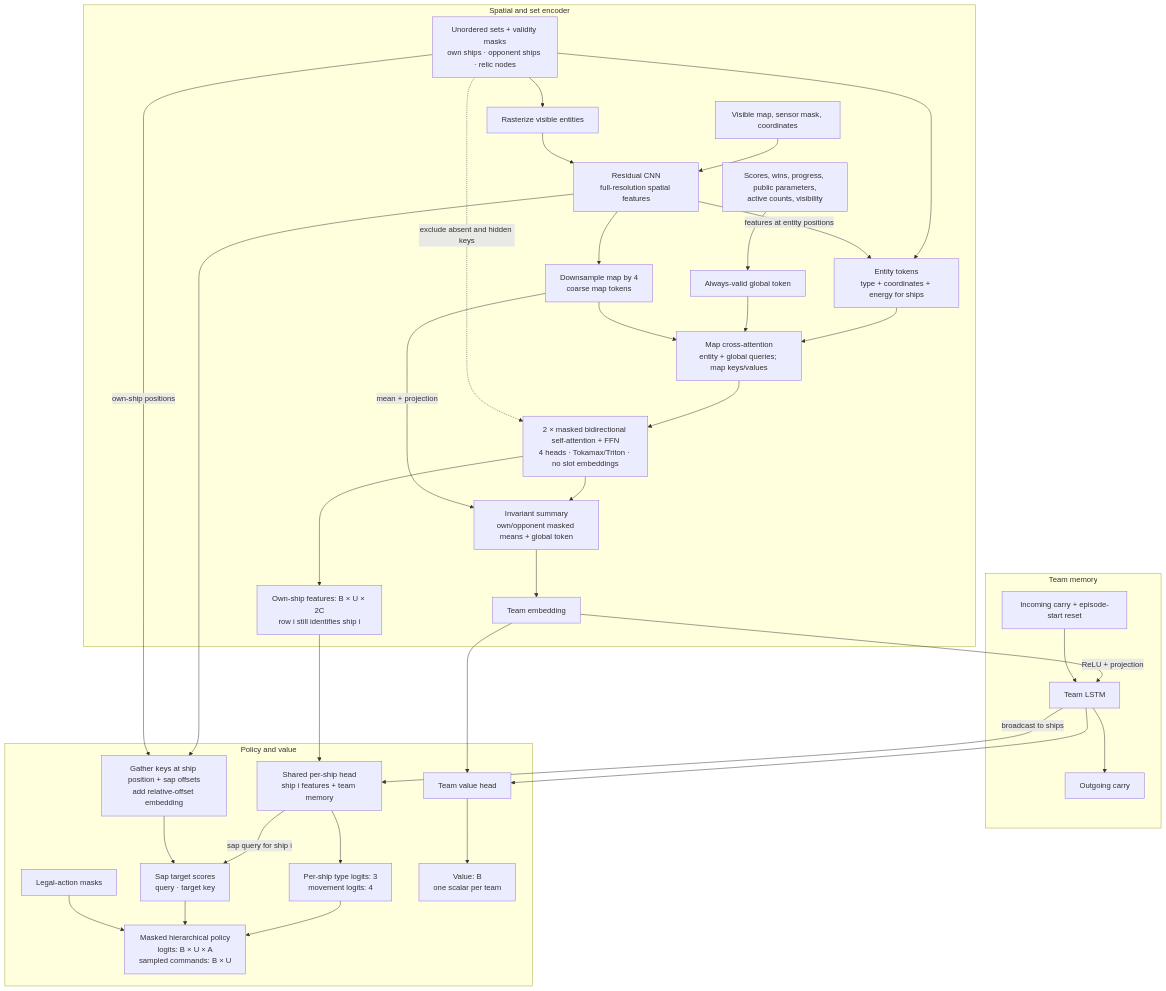
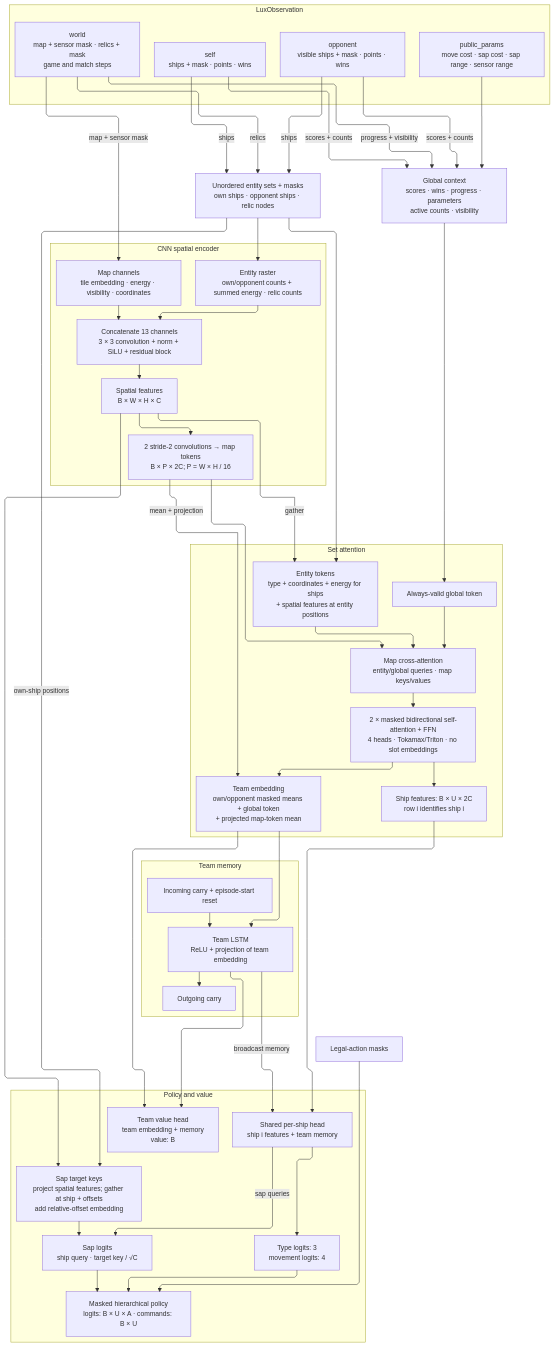
One commit to vshmyhlo/rl2 changed the diagram in docs/lux_design_s3_env.md. Above: the diagram before and after it, drawn with Mermaid. The commit also changed 1 other file, not shown here.

````diff
--- a/docs/lux_design_s3_env.md
+++ b/docs/lux_design_s3_env.md
@@ -110,43 +110,85 @@
 ```mermaid
+%%{init: {"flowchart": {"defaultRenderer": "elk", "curve": "linear", "nodeSpacing": 30, "rankSpacing": 45}, "themeVariables": {"fontSize": "14px"}}}%%
 flowchart TB
-    subgraph encoder[Spatial and set encoder]
-        map["Visible map, sensor mask, coordinates"] --> cnn["Residual CNN<br/>full-resolution spatial features"]
-        entities["Unordered sets + validity masks<br/>own ships · opponent ships · relic nodes"] --> raster["Rasterize visible entities"]
-        raster --> cnn
-        entities --> tokens["Entity tokens<br/>type + coordinates + energy for ships"]
-        cnn -->|features at entity positions| tokens
-        cnn --> coarse["Downsample map by 4<br/>coarse map tokens"]
-        context["Scores, wins, progress, public parameters,<br/>active counts, visibility"] --> global["Always-valid global token"]
-        tokens --> cross["Map cross-attention<br/>entity + global queries; map keys/values"]
-        global --> cross
-        coarse --> cross
-        cross --> sets["2 × masked bidirectional self-attention + FFN<br/>4 heads · Tokamax/Triton · no slot embeddings"]
-        entities -.->|exclude absent and hidden keys| sets
-        sets --> ships["Own-ship features: B × U × 2C<br/>row i still identifies ship i"]
-        sets --> summary["Invariant summary<br/>own/opponent masked means + global token"]
-        coarse -->|mean + projection| summary
-        summary --> embedding["Team embedding"]
+    subgraph observation[LuxObservation]
+        own["self<br/>ships + mask · points · wins"]
+        opponent["opponent<br/>visible ships + mask · points · wins"]
+        world["world<br/>map + sensor mask · relics + mask<br/>game and match steps"]
+        params["public_params<br/>move cost · sap cost · sap range · sensor range"]
+    end
+
+    entities["Unordered entity sets + masks<br/>own ships · opponent ships · relic nodes"]
+    context["Global context<br/>scores · wins · progress · parameters<br/>active counts · visibility"]
+
+    subgraph spatial[CNN spatial encoder]
+        map["Map channels<br/>tile embedding · energy · visibility · coordinates"]
+        raster["Entity raster<br/>own/opponent counts + summed energy · relic counts"]
+        cnn["Concatenate 13 channels<br/>3 × 3 convolution + norm + SiLU + residual block"]
+        features["Spatial features<br/>B × W × H × C"]
+        coarse["2 stride-2 convolutions → map tokens<br/>B × P × 2C; P = W × H / 16"]
+    end
+
+    subgraph encoder[Set attention]
+        tokens["Entity tokens<br/>type + coordinates + energy for ships<br/>+ spatial features at entity positions"]
+        global["Always-valid global token"]
+        cross["Map cross-attention<br/>entity/global queries · map keys/values"]
+        sets["2 × masked bidirectional self-attention + FFN<br/>4 heads · Tokamax/Triton · no slot embeddings"]
+        ships["Ship features: B × U × 2C<br/>row i identifies ship i"]
+        embedding["Team embedding<br/>own/opponent masked means + global token<br/>+ projected map-token mean"]
     end
 
     subgraph recurrent[Team memory]
-        embedding -->|ReLU + projection| lstm["Team LSTM"]
-        carry["Incoming carry + episode-start reset"] --> lstm
-        lstm --> next["Outgoing carry"]
+        carry["Incoming carry + episode-start reset"]
+        lstm["Team LSTM<br/>ReLU + projection of team embedding"]
+        next["Outgoing carry"]
     end
 
     subgraph outputs[Policy and value]
-        ships --> head["Shared per-ship head<br/>ship i features + team memory"]
-        lstm -->|broadcast to ships| head
-        head --> choices["Per-ship type logits: 3<br/>movement logits: 4"]
-        head -->|sap query for ship i| sap["Sap target scores<br/>query · target key"]
-        cnn --> targets["Gather keys at ship position + sap offsets<br/>add relative-offset embedding"]
-        entities -->|own-ship positions| targets
-        targets --> sap
-        choices --> policy["Masked hierarchical policy<br/>logits: B × U × A<br/>sampled commands: B × U"]
-        sap --> policy
-        legal["Legal-action masks"] --> policy
-        embedding --> critic["Team value head"]
-        lstm --> critic
-        critic --> value["Value: B<br/>one scalar per team"]
+        head["Shared per-ship head<br/>ship i features + team memory"]
+        choices["Type logits: 3<br/>movement logits: 4"]
+        targets["Sap target keys<br/>project spatial features; gather at ship + offsets<br/>add relative-offset embedding"]
+        sap["Sap logits<br/>ship query · target key / √C"]
+        policy["Masked hierarchical policy<br/>logits: B × U × A · commands: B × U"]
+        critic["Team value head<br/>team embedding + memory<br/>value: B"]
     end
+    legal["Legal-action masks"]
+
+    own -->|ships| entities
+    opponent -->|ships| entities
+    world -->|relics| entities
+    own -->|scores + counts| context
+    opponent -->|scores + counts| context
+    world -->|progress + visibility| context
+    params --> context
+    world -->|map + sensor mask| map
+    entities --> raster
+    map --> cnn
+    raster --> cnn
+    cnn --> features
+    features --> coarse
+    entities --> tokens
+    features -->|gather| tokens
+    context --> global
+    tokens --> cross
+    global --> cross
+    coarse --> cross
+    cross --> sets
+    sets --> ships
+    sets --> embedding
+    coarse -->|mean + projection| embedding
+    embedding --> lstm
+    carry --> lstm
+    lstm --> next
+    ships --> head
+    lstm -->|broadcast memory| head
+    head --> choices
+    head -->|sap queries| sap
+    features --> targets
+    entities -->|own-ship positions| targets
+    targets --> sap
+    choices --> policy
+    sap --> policy
+    legal --> policy
+    embedding --> critic
+    lstm --> critic
 ```
````
